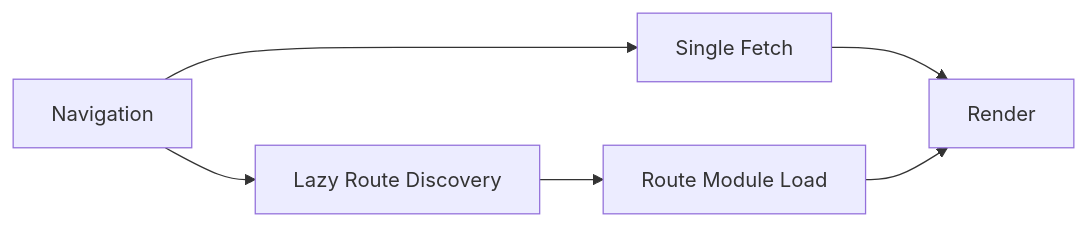
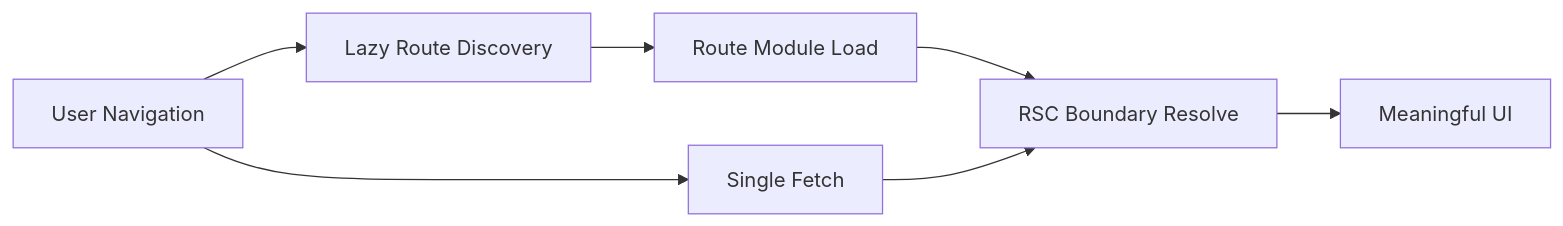
Before and after one commit to mje807/dev-blog: the diagram in content/react/react-router-v7-rsc-04-single-fetch-splitting.md, drawn with Mermaid. The commit also changed other lines of this file and 6 other files, not shown here.

````diff
--- a/content/react/react-router-v7-rsc-04-single-fetch-splitting.md
+++ b/content/react/react-router-v7-rsc-04-single-fetch-splitting.md
@@ -54,8 +74,9 @@
 ```mermaid
 flowchart LR
-  A[Navigation] --> B[Single Fetch]
-  A --> C[Lazy Route Discovery]
-  C --> D[Route Module Load]
-  B --> E[Render]
-  D --> E
+A[User Navigation] --> B[Lazy Route Discovery]
+B --> C[Route Module Load]
+A --> D[Single Fetch]
+C --> E[RSC Boundary Resolve]
+D --> E
+E --> F[Meaningful UI]
 ```
````
